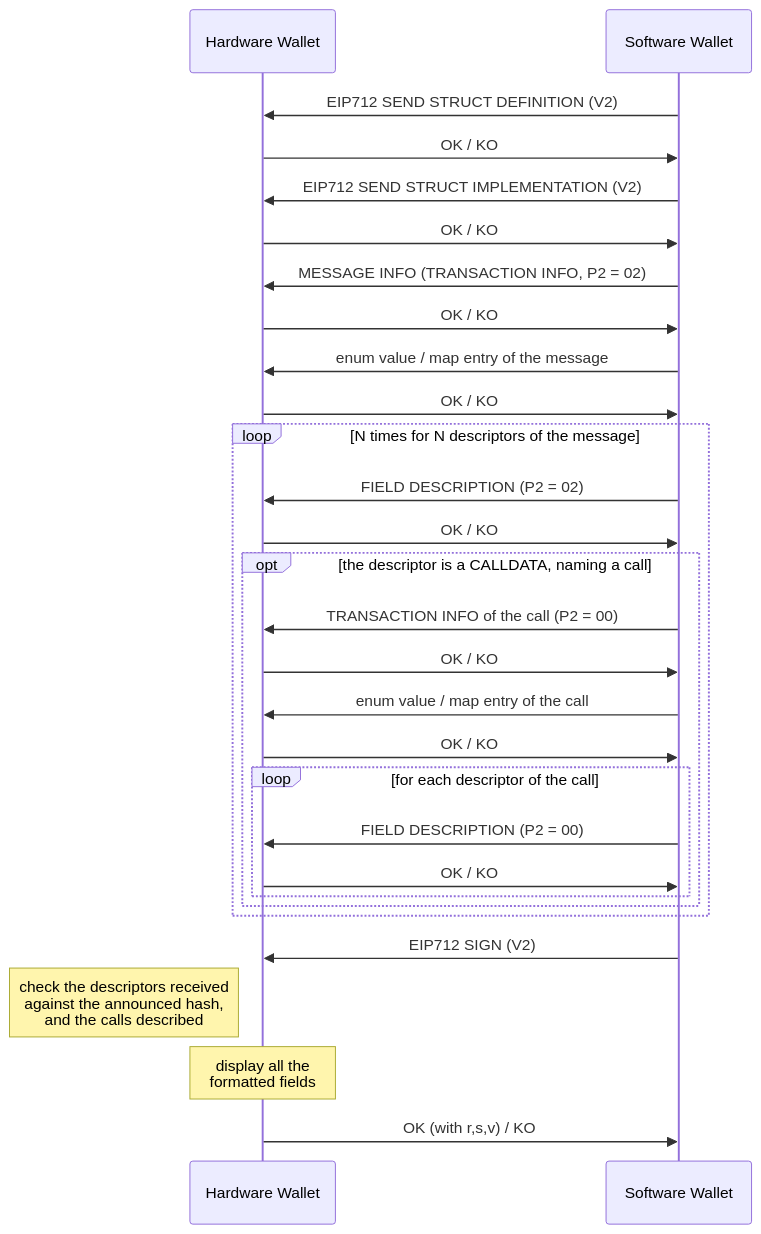
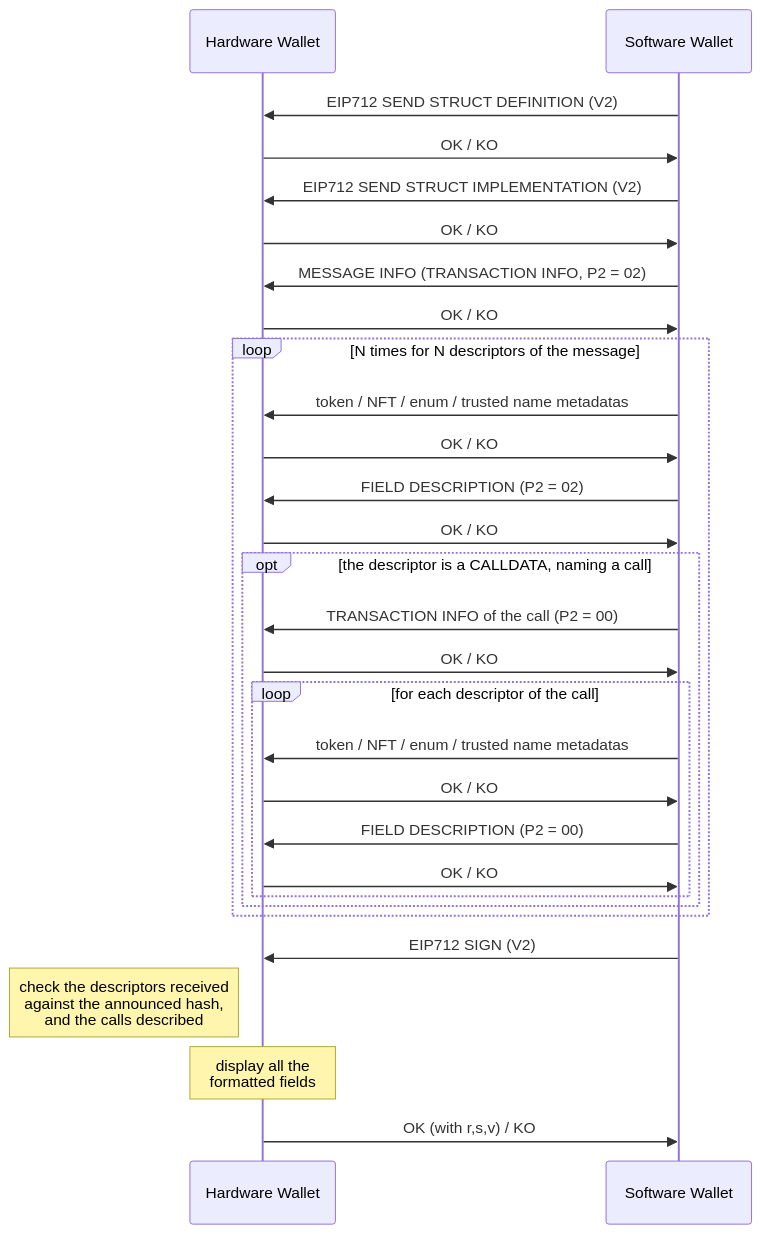
The third of 3 diagrams in doc/gcs.md (LedgerHQ/app-ethereum), drawn with Mermaid before and after one commit. The commit also changed other lines of this file and 9 other files, not shown here.

````diff
--- a/doc/gcs.md
+++ b/doc/gcs.md
@@ -76,34 +77,34 @@
 ```mermaid
 sequenceDiagram
     participant HW as Hardware Wallet
     participant SW as Software Wallet
 
     SW ->> HW: EIP712 SEND STRUCT DEFINITION (V2)
     HW ->> SW: OK / KO
     SW ->> HW: EIP712 SEND STRUCT IMPLEMENTATION (V2)
     HW ->> SW: OK / KO
     SW ->> HW: MESSAGE INFO (TRANSACTION INFO, P2 = 02)
     HW ->> SW: OK / KO
-    SW ->> HW: enum value / map entry of the message
-    HW ->> SW: OK / KO
 
     loop N times for N descriptors of the message
+        SW ->> HW: token / NFT / enum / trusted name metadatas
+        HW ->> SW: OK / KO
         SW ->> HW: FIELD DESCRIPTION (P2 = 02)
         HW ->> SW: OK / KO
         opt the descriptor is a CALLDATA, naming a call
             SW ->> HW: TRANSACTION INFO of the call (P2 = 00)
             HW ->> SW: OK / KO
-            SW ->> HW: enum value / map entry of the call
-            HW ->> SW: OK / KO
             loop for each descriptor of the call
+                SW ->> HW: token / NFT / enum / trusted name metadatas
+                HW ->> SW: OK / KO
                 SW ->> HW: FIELD DESCRIPTION (P2 = 00)
                 HW ->> SW: OK / KO
             end
         end
     end
 
     SW ->> HW: EIP712 SIGN (V2)
     note left of HW: check the descriptors received<br/>against the announced hash,<br/>and the calls described
     note over HW: display all the<br/>formatted fields
     HW ->> SW: OK (with r,s,v) / KO
 ```
````
